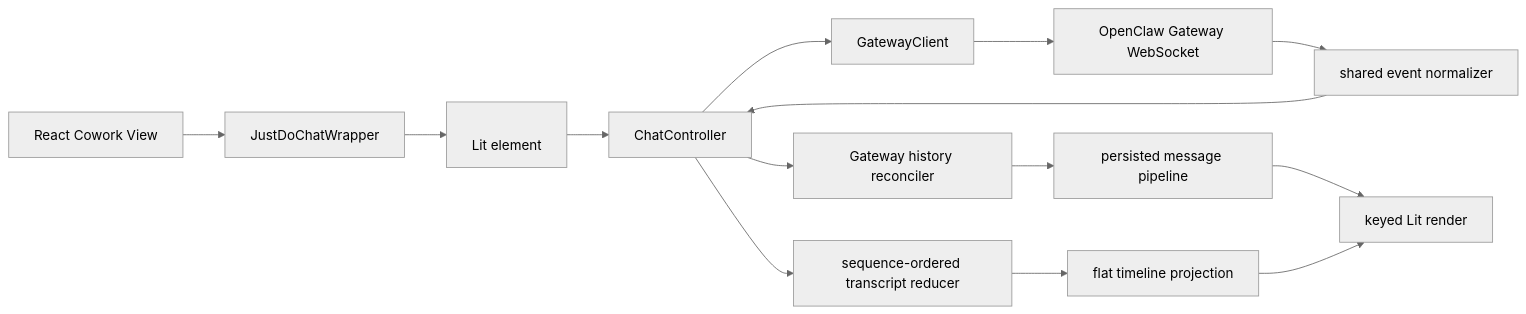
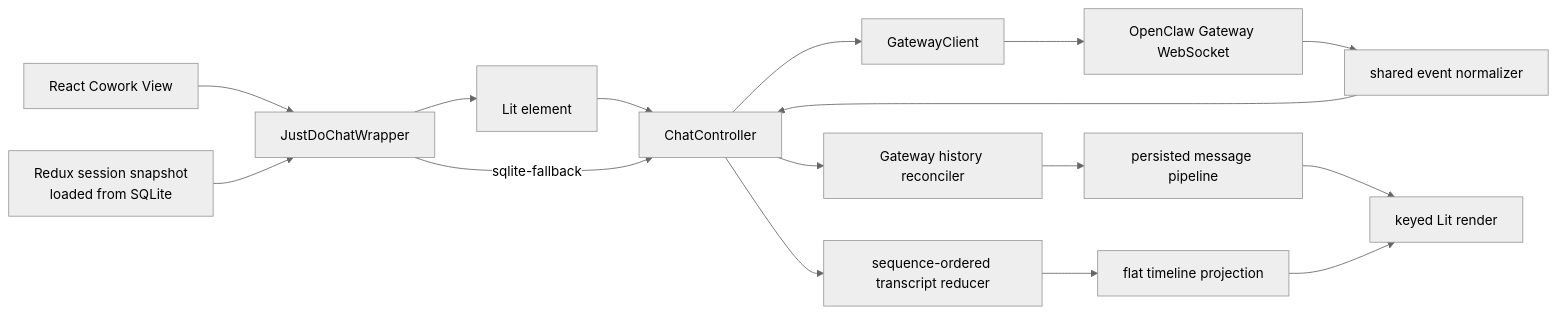
One commit to liangxhao/JustDo changed the first of 3 diagrams in docs/architecture/15-chat-rendering.md. Above: the diagram before and after it, drawn with Mermaid (neutral theme). The commit also changed other lines of this file and 41 other files, not shown here.

First line of the commit message:
fix(chat): harden message history flow

````diff
--- a/docs/architecture/15-chat-rendering.md
+++ b/docs/architecture/15-chat-rendering.md
@@ -23,16 +23,18 @@
 ```mermaid
 flowchart LR
   Cowork["React Cowork View"] --> Wrapper["JustDoChatWrapper"]
+  ReduxCache["Redux session snapshot\nloaded from SQLite"] --> Wrapper
   Wrapper --> Element["<justdo-chat>\nLit element"]
   Element --> Controller["ChatController"]
+  Wrapper -->|sqlite-fallback| Controller
   Controller --> Client["GatewayClient"]
   Client --> WS["OpenClaw Gateway WebSocket"]
   WS --> Normalize["shared event normalizer"]
   Normalize --> Controller
   Controller --> Reducer["sequence-ordered transcript reducer"]
   Reducer --> Projection["flat timeline projection"]
   Controller --> History["Gateway history reconciler"]
   History --> Pipeline["persisted message pipeline"]
   Pipeline --> Render["keyed Lit render"]
   Projection --> Render
 ```
````
